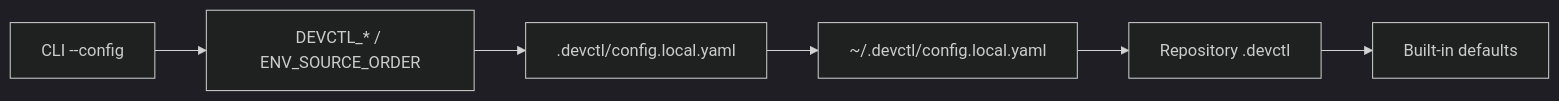
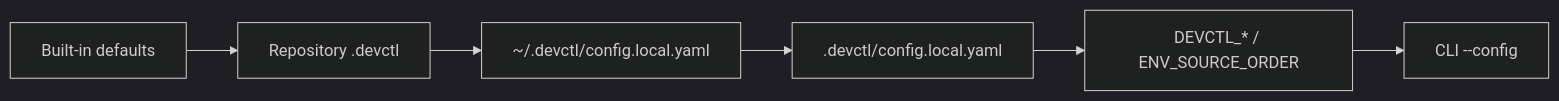
One commit to amr-m-abdelgawad/devctl changed the third of 3 diagrams in docs/configuration.md. Above: the diagram before and after it, drawn with Mermaid (dark theme). The commit also changed other lines of this file and 31 other files, not shown here.

````diff
--- a/docs/configuration.md
+++ b/docs/configuration.md
@@ -47,8 +48,8 @@
 ```mermaid
 flowchart LR
-  flags["CLI --config"] --> env["DEVCTL_* / ENV_SOURCE_ORDER"]
-  env --> repoLocal[".devctl/config.local.yaml"]
-  repoLocal --> homeLocal["~/.devctl/config.local.yaml"]
-  homeLocal --> repo["Repository .devctl"]
-  repo --> defaults["Built-in defaults"]
+  defaults["Built-in defaults"] --> repo["Repository .devctl"]
+  repo --> homeLocal["~/.devctl/config.local.yaml"]
+  homeLocal --> repoLocal[".devctl/config.local.yaml"]
+  repoLocal --> env["DEVCTL_* / ENV_SOURCE_ORDER"]
+  env --> flags["CLI --config"]
 ```
````
